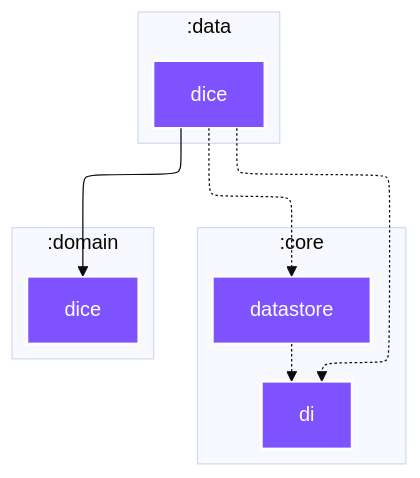
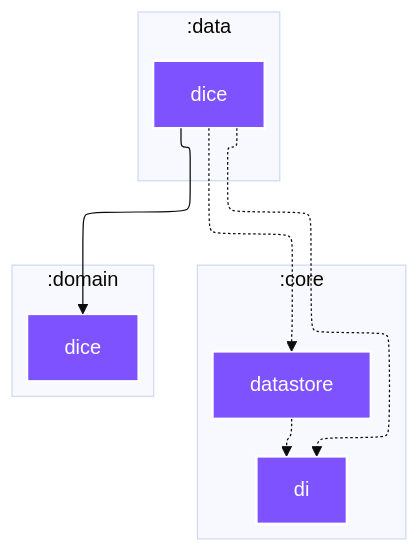
Before and after one commit to SimonMarquis/Android-Playground: the diagram in data/dice/README.md, drawn with Mermaid (base theme). The commit also changed other lines of this file and 15 other files, not shown here.

````diff
--- a/data/dice/README.md
+++ b/data/dice/README.md
@@ -4,29 +4,32 @@
 ```mermaid
 ---
 config:
   layout: elk
   elk:
     nodePlacementStrategy: SIMPLE
 ---
 graph TB
   subgraph :core
+    direction TB
     :core:datastore[datastore]:::jvm
     :core:di[di]:::jvm
   end
   subgraph :data
+    direction TB
     :data:dice[dice]:::jvm
   end
   subgraph :domain
+    direction TB
     :domain:dice[dice]:::jvm
   end
 
   :core:datastore -.-> :core:di
   :data:dice -.-> :core:datastore
   :data:dice -.-> :core:di
   :data:dice ---> :domain:dice
 
 classDef android-application fill:#2C4162,stroke:#fff,stroke-width:2px,color:#fff;
 classDef android-library fill:#3BD482,stroke:#fff,stroke-width:2px,color:#fff;
 classDef android-test fill:#3BD482,stroke:#fff,stroke-width:2px,color:#fff;
 classDef jvm fill:#7F52FF,stroke:#fff,stroke-width:2px,color:#fff;
 ```
````
